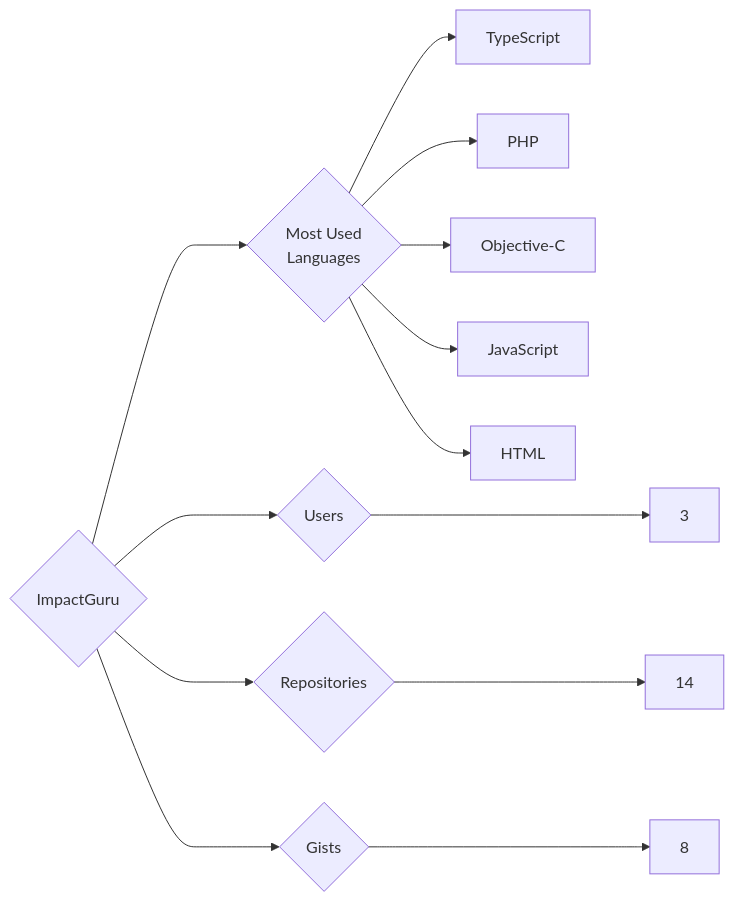
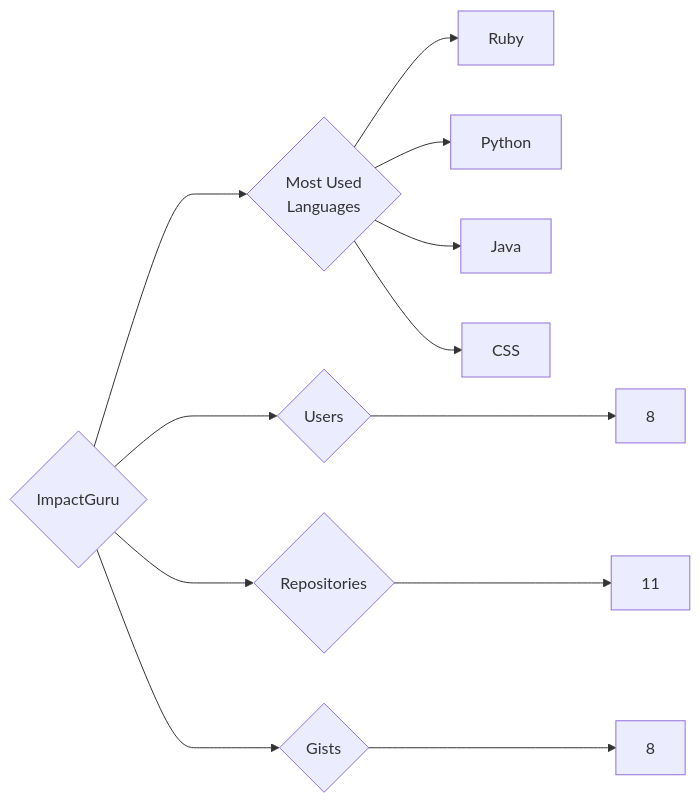
The diagram in targets/ImpactGuru/README.md (trickest/insiders), drawn with Mermaid before and after one commit. The commit also changed 914 other files, not shown here.

````diff
--- a/targets/ImpactGuru/README.md
+++ b/targets/ImpactGuru/README.md
@@ -3,13 +3,12 @@
 ```mermaid
 graph LR
 COMPANY_NAME{ImpactGuru}
-COMPANY_NAME ---> U{Users} ---> UN[3]
-COMPANY_NAME ---> R{Repositories} ---> RN[14]
+COMPANY_NAME ---> U{Users} ---> UN[8]
+COMPANY_NAME ---> R{Repositories} ---> RN[11]
 COMPANY_NAME ---> G{Gists} ---> GN[8]
 COMPANY_NAME ---> ML{Most Used<br>Languages}
-ML --> TypeScript[TypeScript]
-ML --> PHP[PHP]
-ML --> Objective-C[Objective-C]
-ML --> JavaScript[JavaScript]
-ML --> HTML[HTML]
+ML --> Ruby[Ruby]
+ML --> Python[Python]
+ML --> Java[Java]
+ML --> CSS[CSS]
 ```
````
